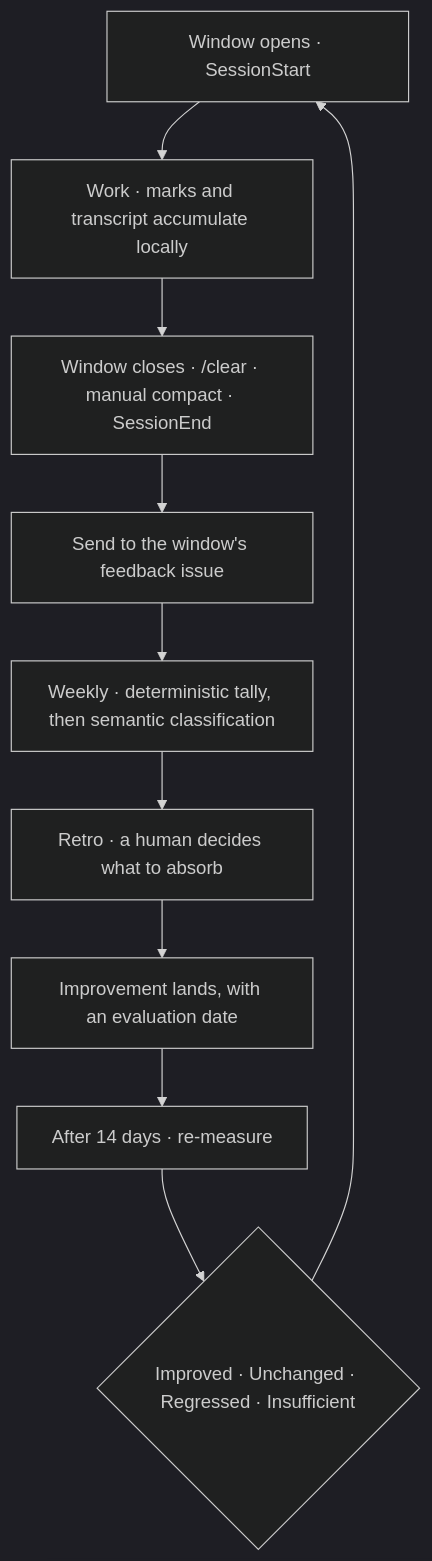
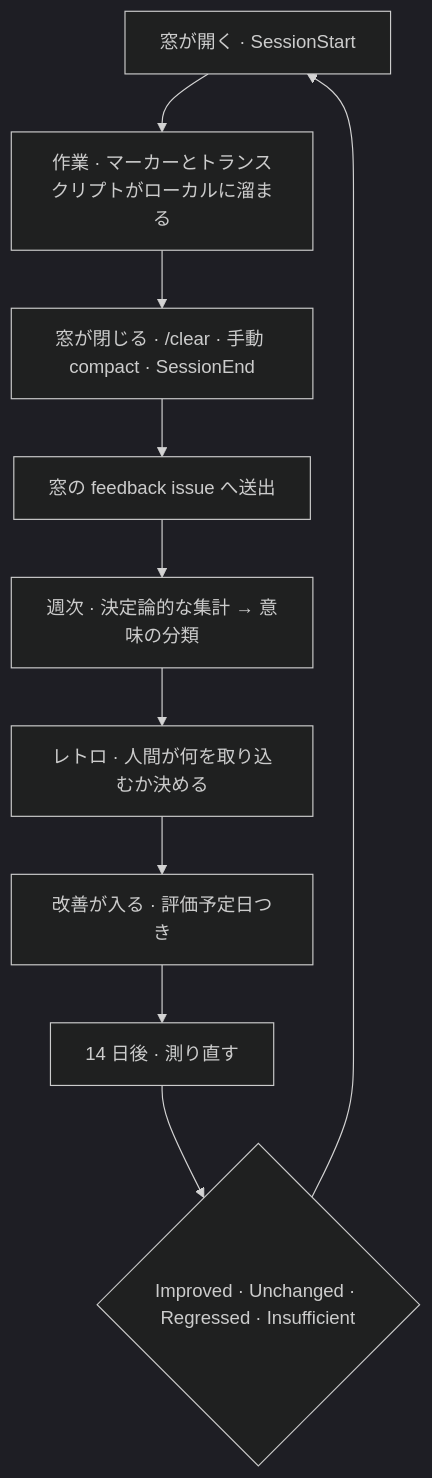
Before and after one commit to Tomy-ch/go-boilerplate: the diagram in docs/design/closed-loop.md, drawn with Mermaid (dark theme). The commit also changed other lines of this file and 970 other files, not shown here.

````diff
--- a/docs/design/closed-loop.md
+++ b/docs/design/closed-loop.md
@@ -9,12 +5,12 @@
 ```mermaid
 flowchart TB
-    A["Window opens · SessionStart"] --> B["Work · marks and transcript accumulate locally"]
-    B --> C["Window closes · /clear · manual compact · SessionEnd"]
-    C --> D["Send to the window's feedback issue"]
-    D --> E["Weekly · deterministic tally, then semantic classification"]
-    E --> F["Retro · a human decides what to absorb"]
-    F --> G["Improvement lands, with an evaluation date"]
-    G --> H["After 14 days · re-measure"]
+    A["窓が開く · SessionStart"] --> B["作業 · マーカーとトランスクリプトがローカルに溜まる"]
+    B --> C["窓が閉じる · /clear · 手動 compact · SessionEnd"]
+    C --> D["窓の feedback issue へ送出"]
+    D --> E["週次 · 決定論的な集計 → 意味の分類"]
+    E --> F["レトロ · 人間が何を取り込むか決める"]
+    F --> G["改善が入る · 評価予定日つき"]
+    G --> H["14 日後 · 測り直す"]
     H --> I{"Improved · Unchanged · Regressed · Insufficient"}
     I --> A
 ```
````
